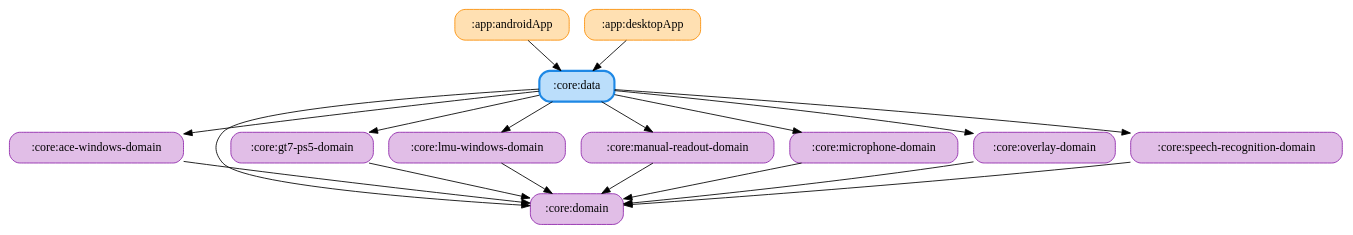
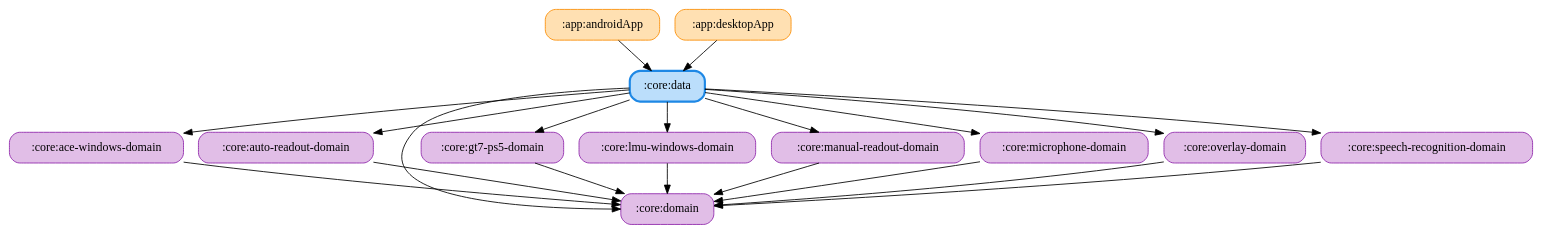
Before and after one commit to ai-kurou/KoDriver: the diagram in docs/graphs/core-data.gv, drawn with Graphviz. The commit also changed 48 other files, not shown here.

Commit message:
chore: update module graph images

```diff
--- a/docs/graphs/core-data.gv
+++ b/docs/graphs/core-data.gv
@@ -1,32 +1,35 @@
 digraph G {
   rankdir=TB
   node [shape=box, style="rounded,filled"]
   ":app:androidApp" [fillcolor="#FFE0B2", color="#FB8C00", penwidth=1]
   ":app:desktopApp" [fillcolor="#FFE0B2", color="#FB8C00", penwidth=1]
   ":core:ace-windows-domain" [fillcolor="#E1BEE7", color="#8E24AA", penwidth=1]
+  ":core:auto-readout-domain" [fillcolor="#E1BEE7", color="#8E24AA", penwidth=1]
   ":core:data" [fillcolor="#BBDEFB", color="#1E88E5", penwidth=2.5]
   ":core:domain" [fillcolor="#E1BEE7", color="#8E24AA", penwidth=1]
   ":core:gt7-ps5-domain" [fillcolor="#E1BEE7", color="#8E24AA", penwidth=1]
   ":core:lmu-windows-domain" [fillcolor="#E1BEE7", color="#8E24AA", penwidth=1]
   ":core:manual-readout-domain" [fillcolor="#E1BEE7", color="#8E24AA", penwidth=1]
   ":core:microphone-domain" [fillcolor="#E1BEE7", color="#8E24AA", penwidth=1]
   ":core:overlay-domain" [fillcolor="#E1BEE7", color="#8E24AA", penwidth=1]
   ":core:speech-recognition-domain" [fillcolor="#E1BEE7", color="#8E24AA", penwidth=1]
   ":app:androidApp" -> ":core:data"
   ":app:desktopApp" -> ":core:data"
   ":core:ace-windows-domain" -> ":core:domain"
+  ":core:auto-readout-domain" -> ":core:domain"
   ":core:data" -> ":core:gt7-ps5-domain"
   ":core:data" -> ":core:domain"
   ":core:data" -> ":core:ace-windows-domain"
   ":core:data" -> ":core:lmu-windows-domain"
+  ":core:data" -> ":core:auto-readout-domain"
   ":core:data" -> ":core:manual-readout-domain"
   ":core:data" -> ":core:microphone-domain"
   ":core:data" -> ":core:overlay-domain"
   ":core:data" -> ":core:speech-recognition-domain"
   ":core:gt7-ps5-domain" -> ":core:domain"
   ":core:lmu-windows-domain" -> ":core:domain"
   ":core:manual-readout-domain" -> ":core:domain"
   ":core:microphone-domain" -> ":core:domain"
   ":core:overlay-domain" -> ":core:domain"
   ":core:speech-recognition-domain" -> ":core:domain"
 }
```
